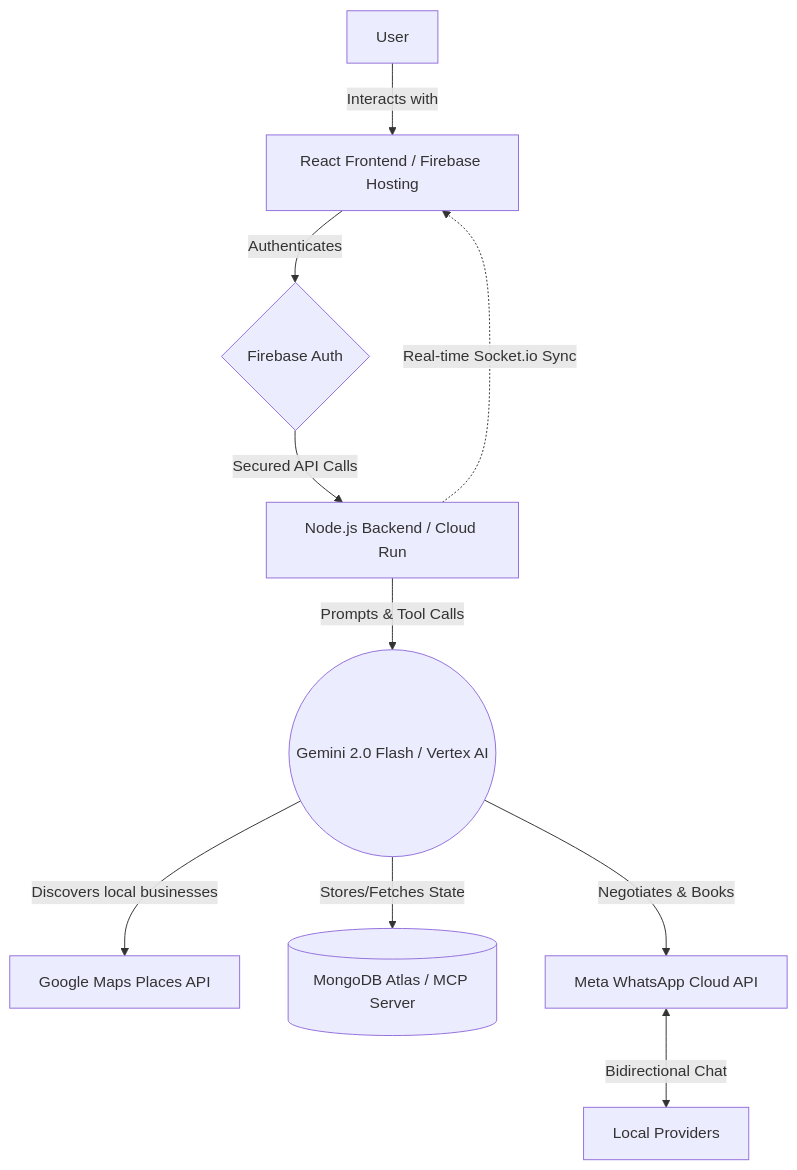
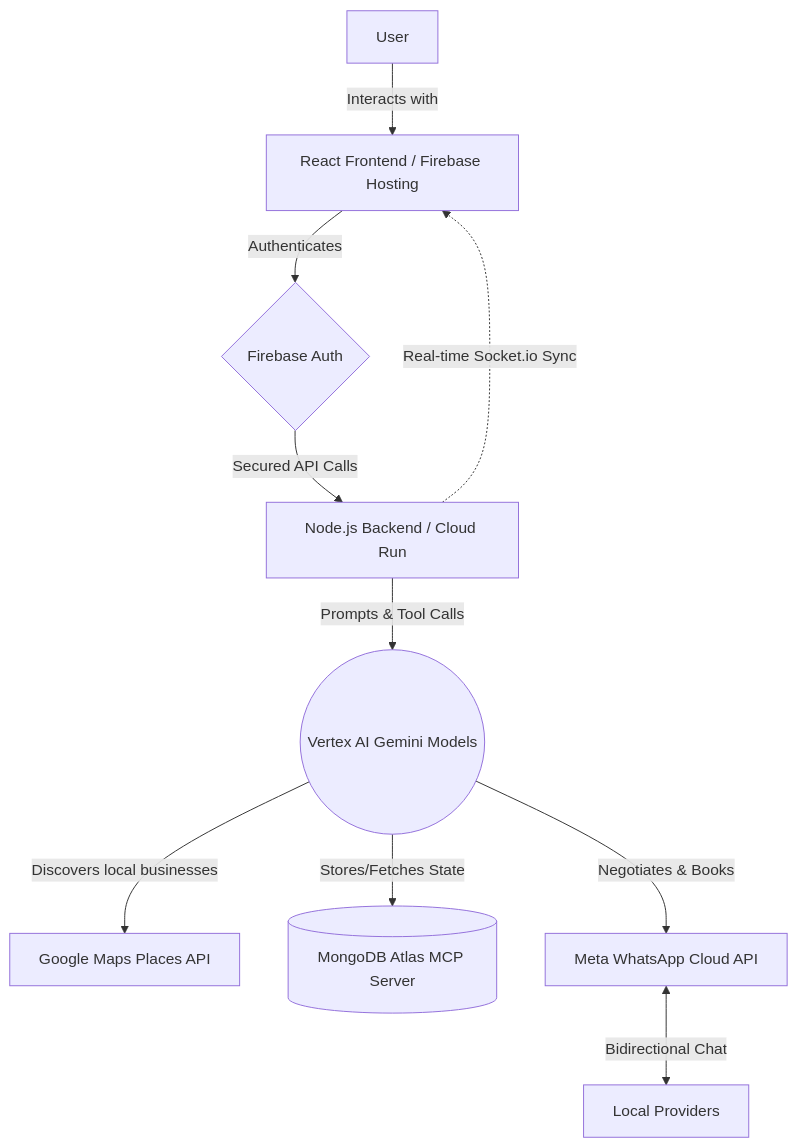
The diagram in README.md (uzair187C/RabbitaAI), drawn with Mermaid before and after one commit. The commit also changed other lines of this file, not shown here.

Commit message:
Generalize AI model references

````diff
--- a/README.md
+++ b/README.md
@@ -32,15 +32,15 @@
 ```mermaid
 flowchart TD
     A[User] -->|Interacts with| B[React Frontend / Firebase Hosting]
     B -->|Authenticates| C{Firebase Auth}
     C -->|Secured API Calls| D[Node.js Backend / Cloud Run]
     
-    D -->|Prompts & Tool Calls| E((Gemini 2.0 Flash / Vertex AI))
+    D -->|Prompts & Tool Calls| E((Vertex AI Gemini Models))
     
     E -->|Discovers local businesses| F[Google Maps Places API]
-    E -->|Stores/Fetches State| G[(MongoDB Atlas / MCP Server)]
+    E -->|Stores/Fetches State| G[(MongoDB Atlas MCP Server)]
     E -->|Negotiates & Books| H[Meta WhatsApp Cloud API]
     
     H <-->|Bidirectional Chat| I[Local Providers]
     D -.->|Real-time Socket.io Sync| B
 ```
````
